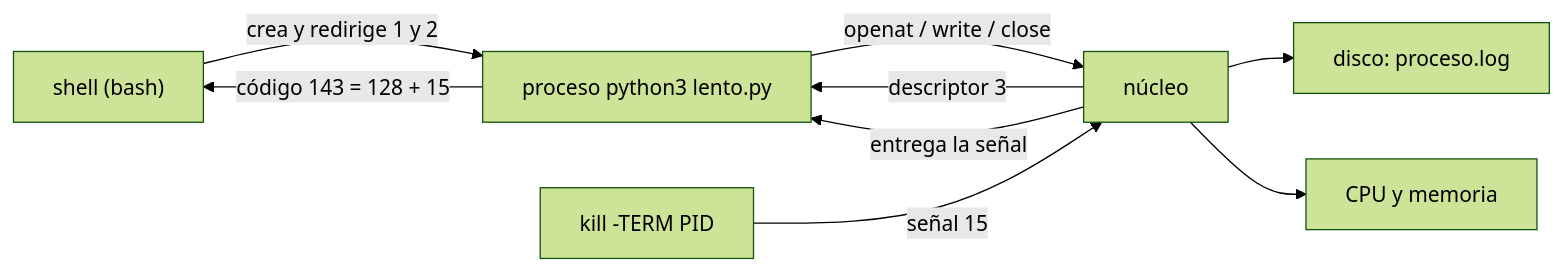
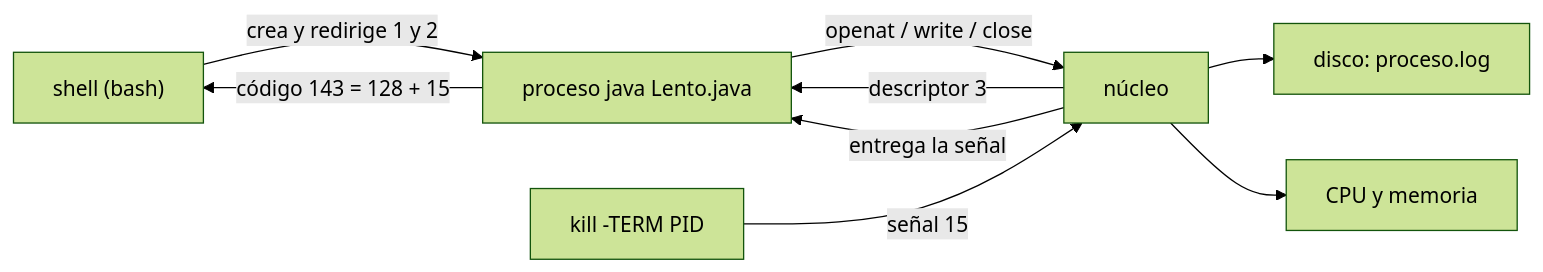
The first of 5 diagrams in web/public/content/foundations/modulo-5.md (NICORUIZ93/The_Imperial_Book), drawn with Mermaid (forest theme) before and after one commit. The commit also changed other lines of this file and 1 other file, not shown here.

First line of the commit message:
contenido(fundamentos): módulo 5 en Java 25

````diff
--- a/web/public/content/foundations/modulo-5.md
+++ b/web/public/content/foundations/modulo-5.md
@@ -118,11 +118,11 @@
 ```mermaid
 flowchart LR
-    SHELL["shell (bash)"] -->|"crea y redirige 1 y 2"| PROC["proceso python3 lento.py"]
+    SHELL["shell (bash)"] -->|"crea y redirige 1 y 2"| PROC["proceso java Lento.java"]
     PROC -->|"openat / write / close"| KERNEL["núcleo"]
     KERNEL -->|"descriptor 3"| PROC
     KERNEL --> DISK["disco: proceso.log"]
     KERNEL --> CPU["CPU y memoria"]
     KILL["kill -TERM PID"] -->|"señal 15"| KERNEL
     KERNEL -->|"entrega la señal"| PROC
     PROC -->|"código 143 = 128 + 15"| SHELL
 ```
````
